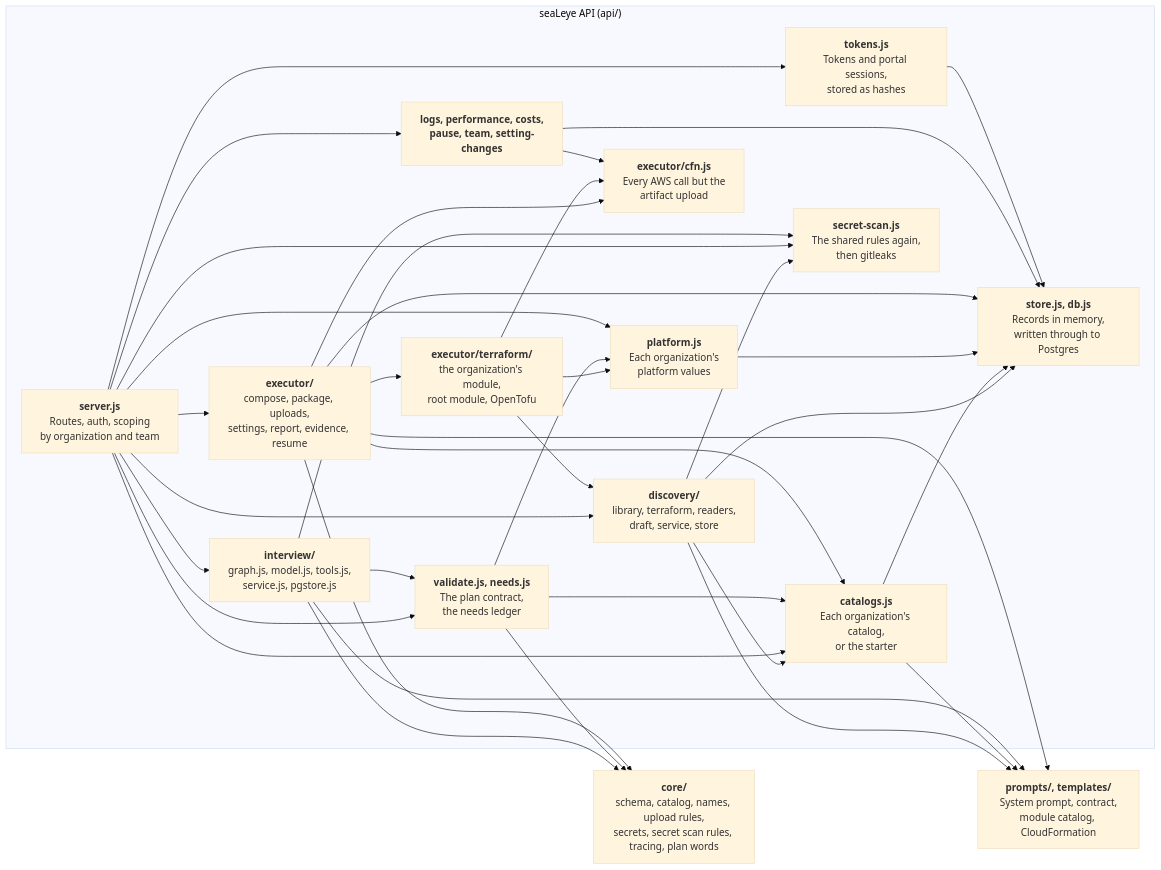
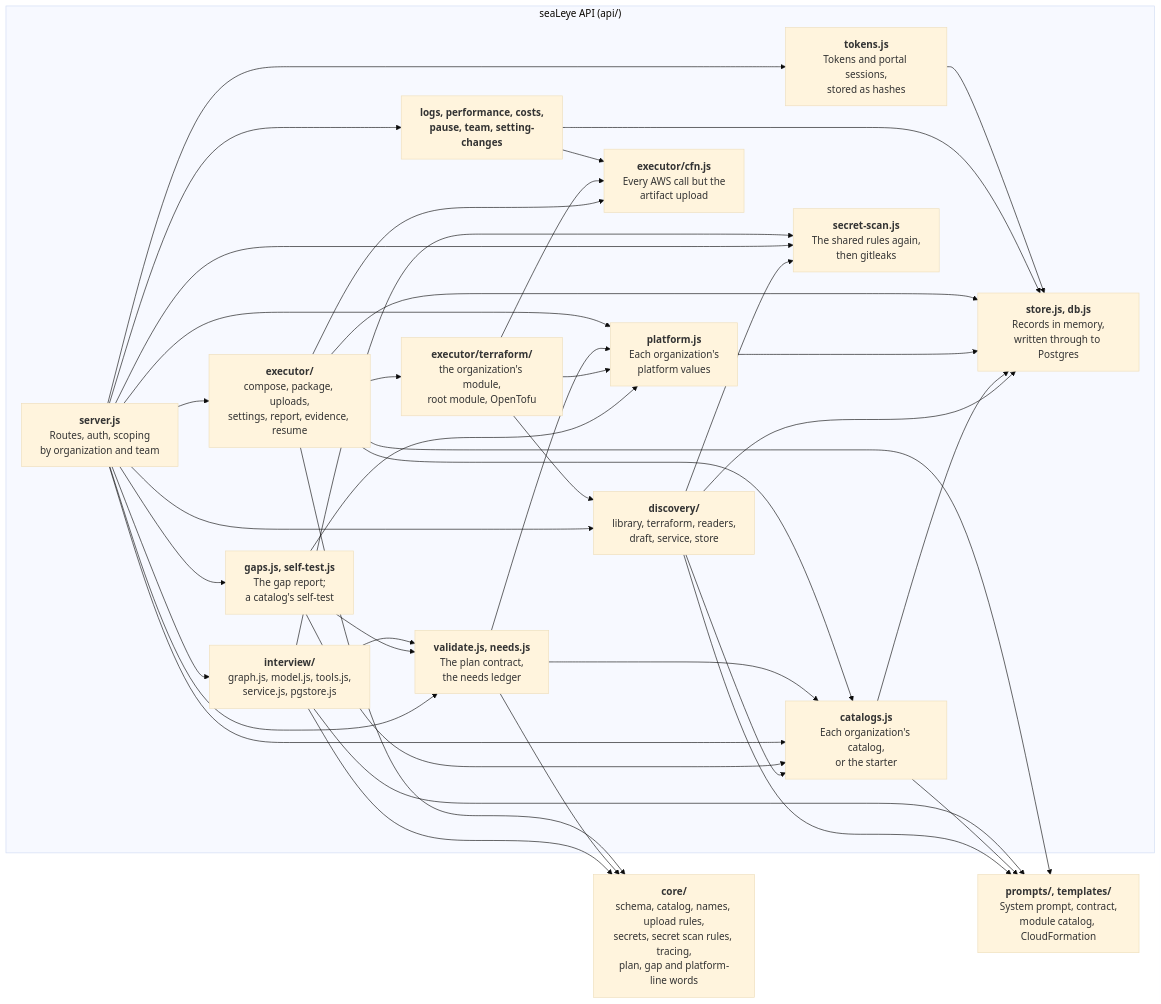
Before and after one commit to GregKliewer/sealeye: the third of 13 diagrams in docs/ARCHITECTURE.md, drawn with Mermaid (base theme). The commit also changed other lines of this file and 4 other files, not shown here.

````diff
--- a/docs/ARCHITECTURE.md
+++ b/docs/ARCHITECTURE.md
@@ -164,57 +169,62 @@
 ```mermaid
 flowchart LR
   subgraph api["seaLeye API (api/)"]
     server["<b>server.js</b><br/>Routes, auth, scoping<br/>by organization and team"]
     tokens["<b>tokens.js</b><br/>Tokens and portal sessions,<br/>stored as hashes"]
     interview["<b>interview/</b><br/>graph.js, model.js, tools.js,<br/>service.js, pgstore.js"]
     discovery["<b>discovery/</b><br/>library, terraform, readers,<br/>draft, service, store"]
     validate["<b>validate.js, needs.js</b><br/>The plan contract,<br/>the needs ledger"]
+    gaps["<b>gaps.js, self-test.js</b><br/>The gap report;<br/>a catalog's self-test"]
     catalogs["<b>catalogs.js</b><br/>Each organization's catalog,<br/>or the starter"]
     executor["<b>executor/</b><br/>compose, package, uploads,<br/>settings, report, evidence, resume"]
     terraform["<b>executor/terraform/</b><br/>the organization's module,<br/>root module, OpenTofu"]
     platform["<b>platform.js</b><br/>Each organization's<br/>platform values"]
     cfn["<b>executor/cfn.js</b><br/>Every AWS call but the<br/>artifact upload"]
     dayTwo["<b>logs, performance, costs,<br/>pause, team, setting-changes</b>"]
     store["<b>store.js, db.js</b><br/>Records in memory,<br/>written through to Postgres"]
     scan["<b>secret-scan.js</b><br/>The shared rules again,<br/>then gitleaks"]
   end
 
-  core["<b>core/</b><br/>schema, catalog, names, upload rules,<br/>secrets, secret scan rules, tracing, plan words"]
+  core["<b>core/</b><br/>schema, catalog, names, upload rules,<br/>secrets, secret scan rules, tracing,<br/>plan, gap and platform-line words"]
   prompts["<b>prompts/, templates/</b><br/>System prompt, contract,<br/>module catalog, CloudFormation"]
 
   server --> tokens
   server --> interview
   server --> discovery
   discovery --> scan
   discovery --> catalogs
   discovery --> store
   discovery --> prompts
   server --> validate
+  server --> gaps
+  gaps --> validate
+  gaps --> catalogs
+  gaps --> platform
   server --> catalogs
   validate --> catalogs
   executor --> catalogs
   catalogs --> store
   catalogs --> prompts
   server --> executor
   server --> dayTwo
   server --> scan
   interview --> scan
   interview --> validate
   executor --> cfn
   executor --> terraform
   terraform --> cfn
   terraform --> discovery
   terraform --> platform
   validate --> platform
   server --> platform
   platform --> store
   dayTwo --> cfn
   executor --> store
   dayTwo --> store
   tokens --> store
   interview --> core
   validate --> core
   executor --> core
   interview --> prompts
   executor --> prompts
 ```
````
